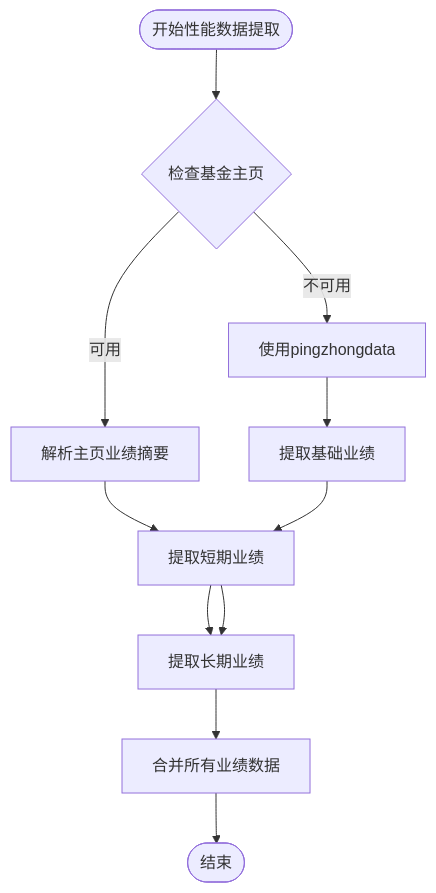
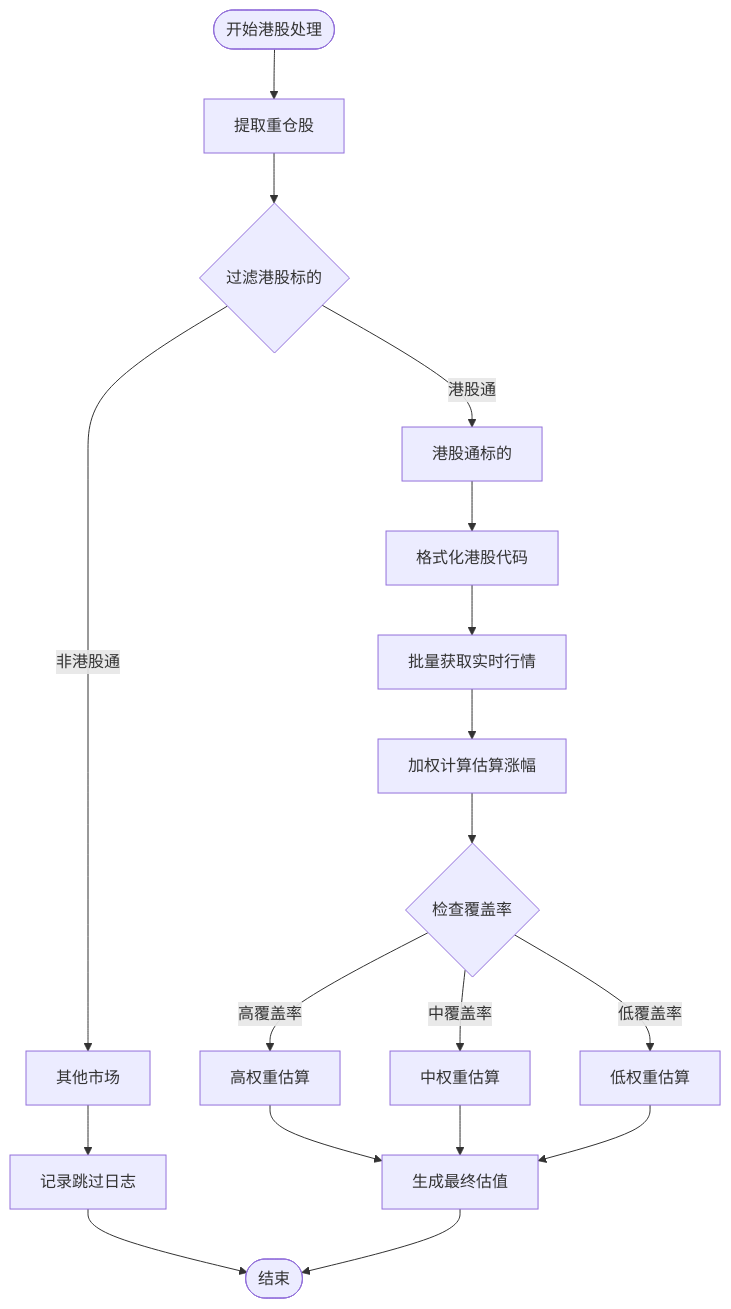
The sixth of 21 diagrams in .qoder/repowiki/zh/content/核心功能开发/多源基金估值系统.md (gree-coder/fund-butler), drawn with Mermaid before and after one commit. The commit also changed other lines of this file and 23 other files, not shown here.

````diff
--- a/.qoder/repowiki/zh/content/核心功能开发/多源基金估值系统.md
+++ b/.qoder/repowiki/zh/content/核心功能开发/多源基金估值系统.md
@@ -370,13 +316,20 @@
 ```mermaid
 flowchart TD
-Start([开始性能数据提取]) --> CheckMainPage{检查基金主页}
-CheckMainPage --> |可用| ParseMainPage[解析主页业绩摘要]
-CheckMainPage --> |不可用| UsePingzhong[使用pingzhongdata]
-ParseMainPage --> ExtractShortTerm[提取短期业绩]
-ExtractShortTerm --> ExtractLongTerm[提取长期业绩]
-UsePingzhong --> ExtractBasePerf[提取基础业绩]
-ExtractBasePerf --> ExtractShortTerm
-ExtractShortTerm --> ExtractLongTerm
-ExtractLongTerm --> CombineData[合并所有业绩数据]
-CombineData --> End([结束])
+Start([开始港股处理]) --> ExtractHoldings[提取重仓股]
+ExtractHoldings --> FilterHoldings{过滤港股标的}
+FilterHoldings --> |港股通| HKStocks[港股通标的]
+FilterHoldings --> |非港股通| OtherMarkets[其他市场]
+HKStocks --> FormatCode[格式化港股代码]
+FormatCode --> BatchRequest[批量获取实时行情]
+BatchRequest --> WeightCalc[加权计算估算涨幅]
+WeightCalc --> CoverageCheck{检查覆盖率}
+CoverageCheck --> |高覆盖率| HighWeight[高权重估算]
+CoverageCheck --> |中覆盖率| MediumWeight[中权重估算]
+CoverageCheck --> |低覆盖率| LowWeight[低权重估算]
+HighWeight --> FinalEstimate[生成最终估值]
+MediumWeight --> FinalEstimate
+LowWeight --> FinalEstimate
+OtherMarkets --> LogSkip[记录跳过日志]
+LogSkip --> End([结束])
+FinalEstimate --> End
 ```
````
